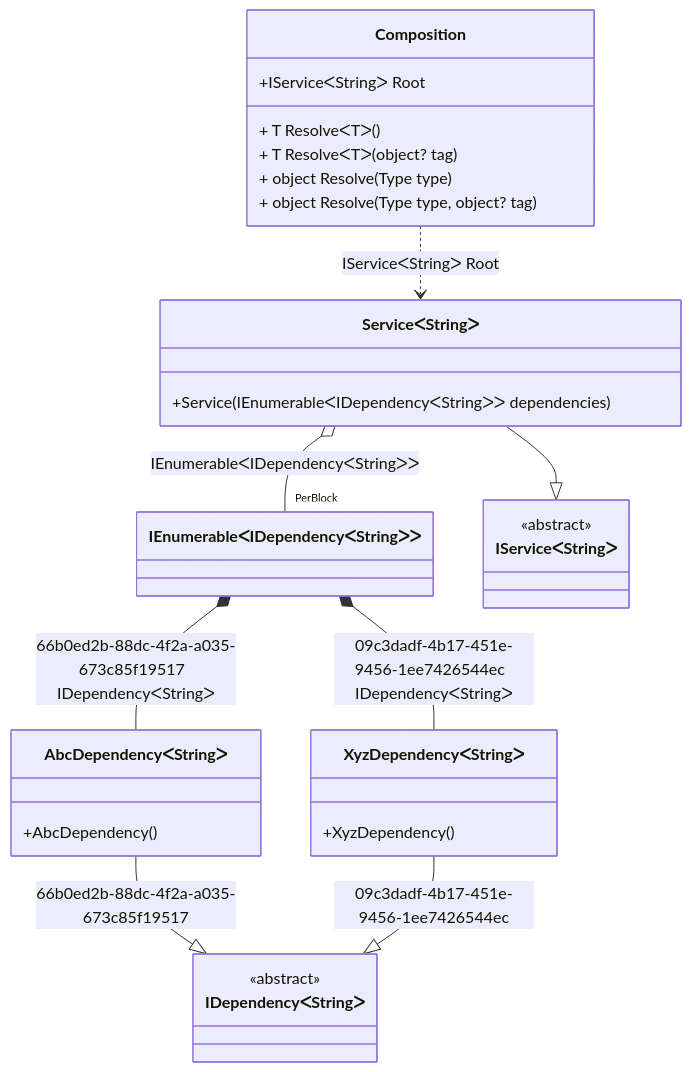
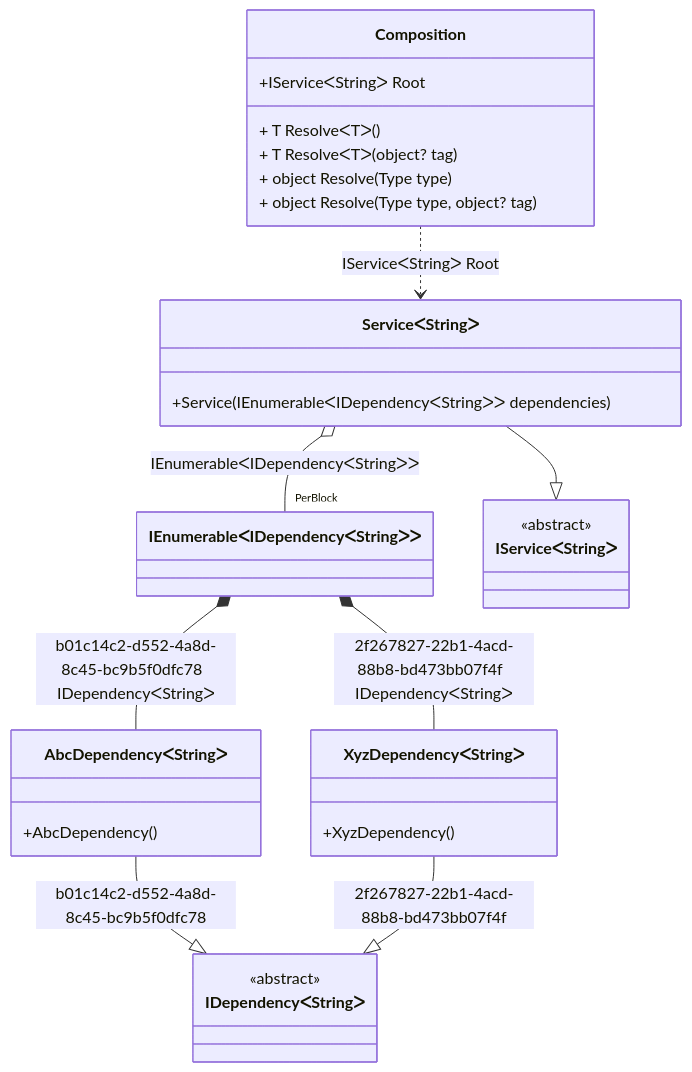
Before and after one commit to DevTeam/Pure.DI: the diagram in readme/tag-unique.md, drawn with Mermaid. The commit also changed other lines of this file and 14 other files, not shown here.

````diff
--- a/readme/tag-unique.md
+++ b/readme/tag-unique.md
@@ -39,33 +39,33 @@
 ```mermaid
 classDiagram
   class Composition {
     +IServiceᐸStringᐳ Root
     + T ResolveᐸTᐳ()
     + T ResolveᐸTᐳ(object? tag)
     + object Resolve(Type type)
     + object Resolve(Type type, object? tag)
   }
   class IEnumerableᐸIDependencyᐸStringᐳᐳ
-  AbcDependencyᐸStringᐳ --|> IDependencyᐸStringᐳ : 66b0ed2b-88dc-4f2a-a035-673c85f19517 
+  AbcDependencyᐸStringᐳ --|> IDependencyᐸStringᐳ : b01c14c2-d552-4a8d-8c45-bc9b5f0dfc78 
   class AbcDependencyᐸStringᐳ {
     +AbcDependency()
   }
-  XyzDependencyᐸStringᐳ --|> IDependencyᐸStringᐳ : 09c3dadf-4b17-451e-9456-1ee7426544ec 
+  XyzDependencyᐸStringᐳ --|> IDependencyᐸStringᐳ : 2f267827-22b1-4acd-88b8-bd473bb07f4f 
   class XyzDependencyᐸStringᐳ {
     +XyzDependency()
   }
   ServiceᐸStringᐳ --|> IServiceᐸStringᐳ : 
   class ServiceᐸStringᐳ {
     +Service(IEnumerableᐸIDependencyᐸStringᐳᐳ dependencies)
   }
   class IDependencyᐸStringᐳ {
     <<abstract>>
   }
   class IServiceᐸStringᐳ {
     <<abstract>>
   }
-  IEnumerableᐸIDependencyᐸStringᐳᐳ *--  AbcDependencyᐸStringᐳ : 66b0ed2b-88dc-4f2a-a035-673c85f19517  IDependencyᐸStringᐳ
-  IEnumerableᐸIDependencyᐸStringᐳᐳ *--  XyzDependencyᐸStringᐳ : 09c3dadf-4b17-451e-9456-1ee7426544ec  IDependencyᐸStringᐳ
+  IEnumerableᐸIDependencyᐸStringᐳᐳ *--  AbcDependencyᐸStringᐳ : b01c14c2-d552-4a8d-8c45-bc9b5f0dfc78  IDependencyᐸStringᐳ
+  IEnumerableᐸIDependencyᐸStringᐳᐳ *--  XyzDependencyᐸStringᐳ : 2f267827-22b1-4acd-88b8-bd473bb07f4f  IDependencyᐸStringᐳ
   Composition ..> ServiceᐸStringᐳ : IServiceᐸStringᐳ Root
   ServiceᐸStringᐳ o--  "PerBlock" IEnumerableᐸIDependencyᐸStringᐳᐳ : IEnumerableᐸIDependencyᐸStringᐳᐳ
 ```
````
